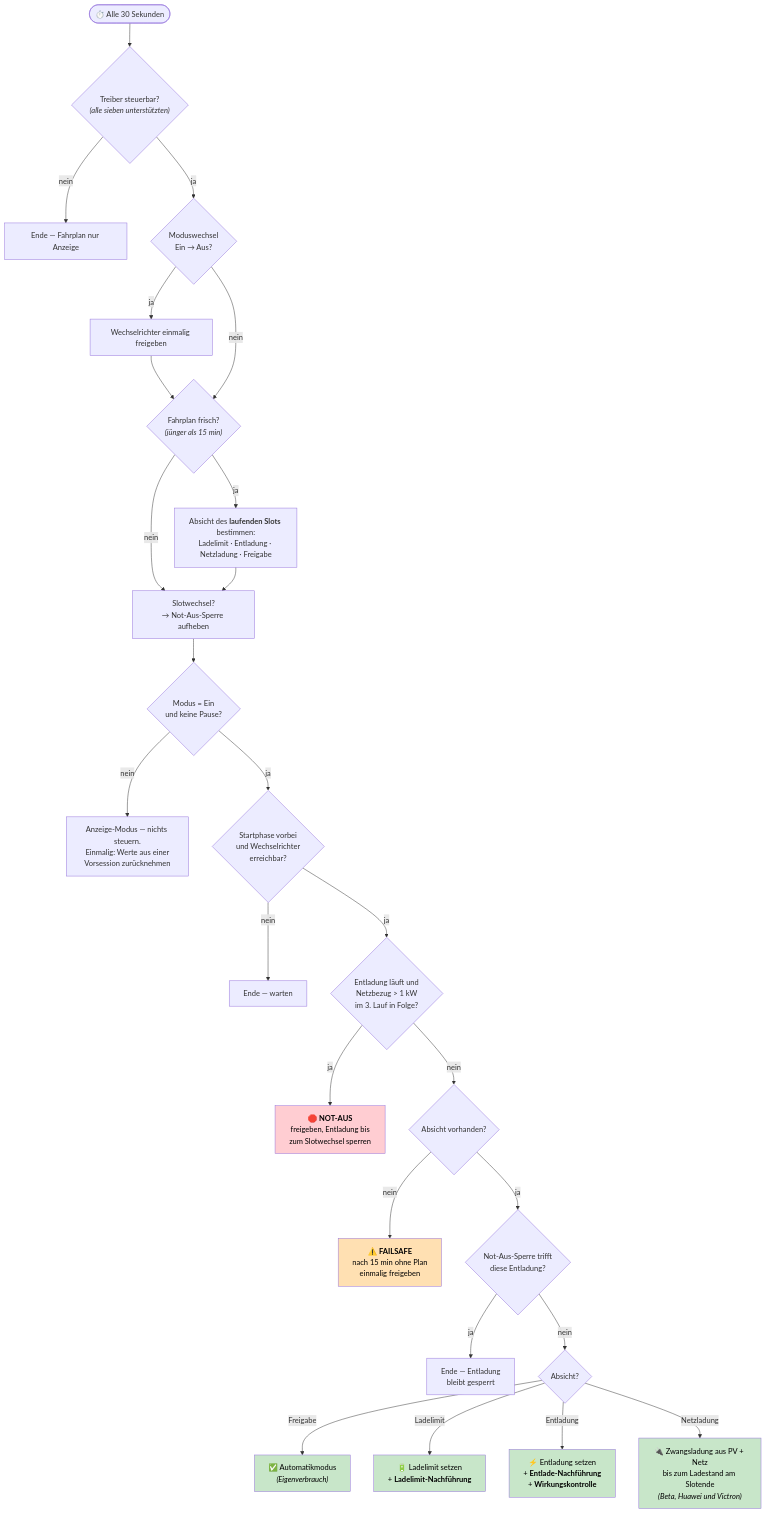
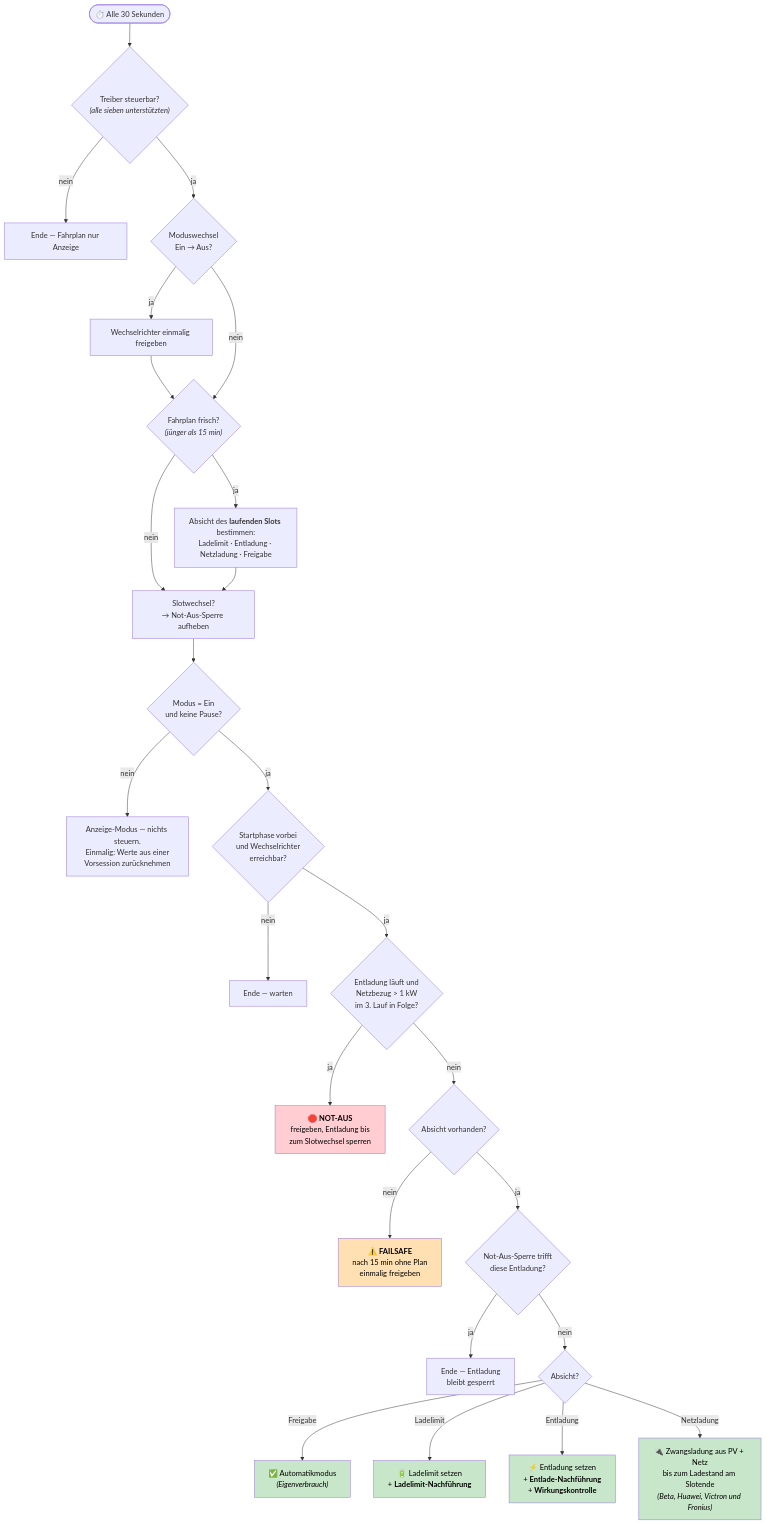
The second of 2 diagrams in docs/steuerung.md (RobertHell82/EEGEnergyOptimizer2), drawn with Mermaid before and after one commit. The commit also changed other lines of this file and 24 other files, not shown here.

First line of the commit message:
feat(spitzenkappung): Reserve notfalls aus dem Netz, Netzladen für Fronius, Monatswechsel

````diff
--- a/docs/steuerung.md
+++ b/docs/steuerung.md
@@ -65,33 +65,33 @@
 ```mermaid
 flowchart TD
     START(["⏱️ Alle 30 Sekunden"]) --> SUP{"Treiber steuerbar?<br/><i>(alle sieben unterstützten)</i>"}
     SUP -- "nein" --> E1["Ende — Fahrplan nur Anzeige"]
     SUP -- "ja" --> WECHSEL{"Moduswechsel<br/>Ein → Aus?"}
     WECHSEL -- "ja" --> REL["Wechselrichter einmalig freigeben"] --> FRISCH
     WECHSEL -- "nein" --> FRISCH{"Fahrplan frisch?<br/><i>(jünger als 15 min)</i>"}
     FRISCH -- "ja" --> ABSICHT["Absicht des <b>laufenden Slots</b> bestimmen:<br/>Ladelimit · Entladung · Netzladung · Freigabe"]
     FRISCH -- "nein" --> SLOT
     ABSICHT --> SLOT["Slotwechsel?<br/>→ Not-Aus-Sperre aufheben"]
     SLOT --> MODUS{"Modus = Ein<br/>und keine Pause?"}
     MODUS -- "nein" --> E2["Anzeige-Modus — nichts steuern.<br/>Einmalig: Werte aus einer<br/>Vorsession zurücknehmen"]
     MODUS -- "ja" --> BEREIT{"Startphase vorbei<br/>und Wechselrichter<br/>erreichbar?"}
     BEREIT -- "nein" --> E3["Ende — warten"]
     BEREIT -- "ja" --> NOTAUS{"Entladung läuft und<br/>Netzbezug &gt; 1 kW<br/>im 3. Lauf in Folge?"}
     NOTAUS -- "ja" --> NA["🛑 <b>NOT-AUS</b><br/>freigeben, Entladung bis<br/>zum Slotwechsel sperren"]
     NOTAUS -- "nein" --> PLAN{"Absicht vorhanden?"}
     PLAN -- "nein" --> FS["⚠️ <b>FAILSAFE</b><br/>nach 15 min ohne Plan<br/>einmalig freigeben"]
     PLAN -- "ja" --> SPERRE{"Not-Aus-Sperre trifft<br/>diese Entladung?"}
     SPERRE -- "ja" --> E4["Ende — Entladung<br/>bleibt gesperrt"]
     SPERRE -- "nein" --> AKTION{"Absicht?"}
     AKTION -- "Freigabe" --> AF["✅ Automatikmodus<br/><i>(Eigenverbrauch)</i>"]
     AKTION -- "Ladelimit" --> AL["🔋 Ladelimit setzen<br/>+ <b>Ladelimit-Nachführung</b>"]
     AKTION -- "Entladung" --> AE["⚡ Entladung setzen<br/>+ <b>Entlade-Nachführung</b><br/>+ <b>Wirkungskontrolle</b>"]
-    AKTION -- "Netzladung" --> AN["🔌 Zwangsladung aus PV + Netz<br/>bis zum Ladestand am Slotende<br/><i>(Beta, Huawei und Victron)</i>"]
+    AKTION -- "Netzladung" --> AN["🔌 Zwangsladung aus PV + Netz<br/>bis zum Ladestand am Slotende<br/><i>(Beta, Huawei, Victron und Fronius)</i>"]
 
     style NA fill:#ffcdd2,color:#000
     style FS fill:#ffe0b2,color:#000
     style AF fill:#c8e6c9,color:#000
     style AL fill:#c8e6c9,color:#000
     style AE fill:#c8e6c9,color:#000
     style AN fill:#c8e6c9,color:#000
 ```
````
